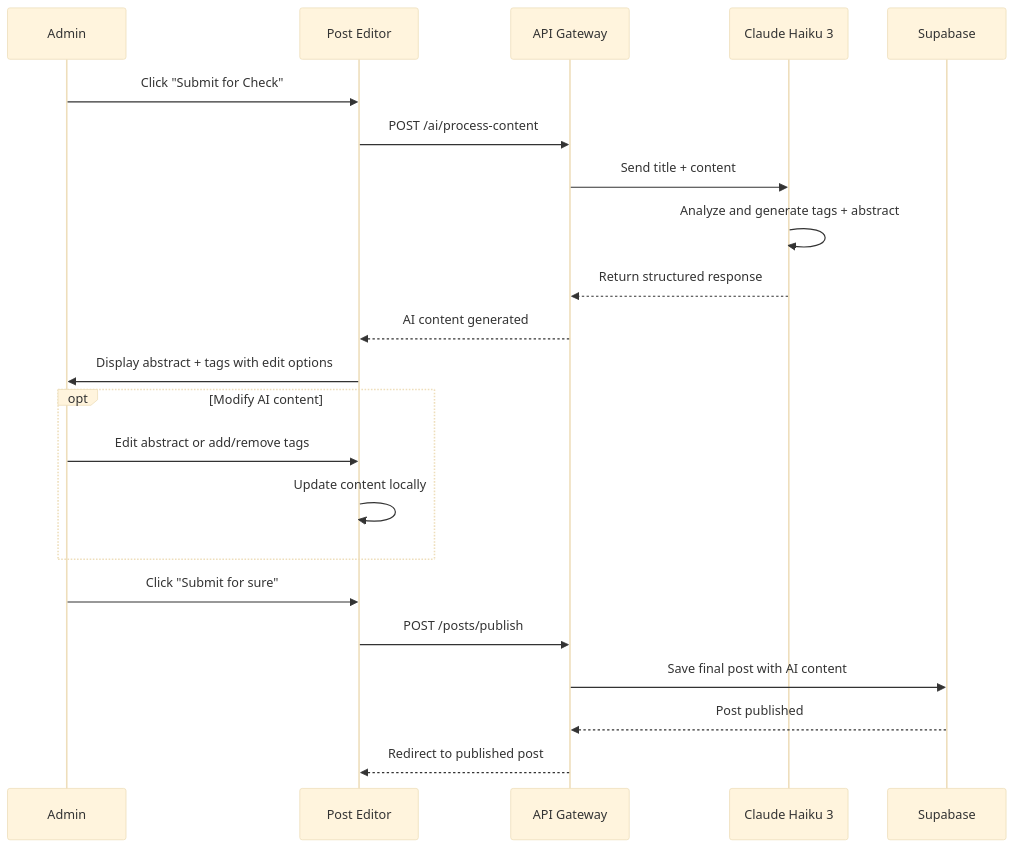
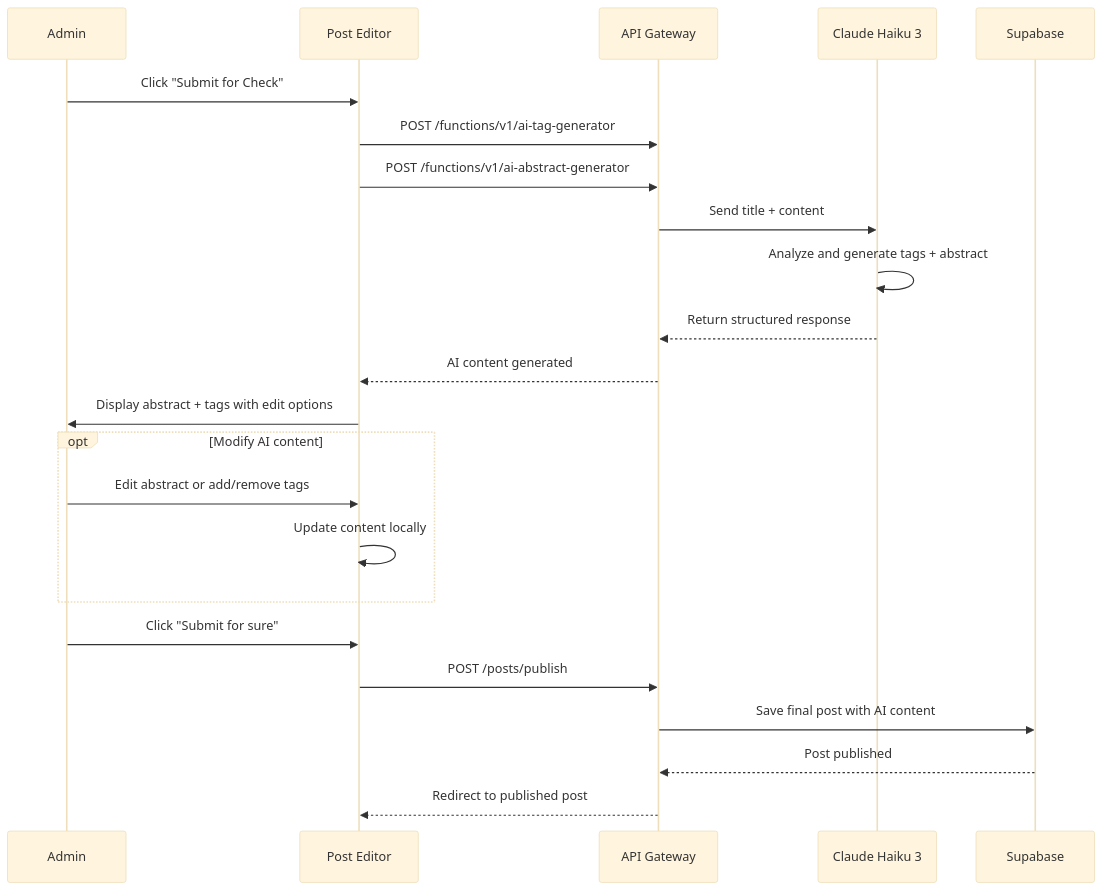
Before and after one commit to jkjan/nowhereland: the fifth of 6 diagrams in prd/02-content-management.md, drawn with Mermaid (base theme). The commit also changed other lines of this file and 18 other files, not shown here.

````diff
--- a/prd/02-content-management.md
+++ b/prd/02-content-management.md
@@ -372,29 +373,30 @@
 ```mermaid
 sequenceDiagram
     participant A as Admin
     participant UI as Post Editor
     participant API as API Gateway
     participant CLAUDE as Claude Haiku 3
     participant SUPA as Supabase
     
     A->>UI: Click "Submit for Check"
-    UI->>API: POST /ai/process-content
+    UI->>API: POST /functions/v1/ai-tag-generator
+    UI->>API: POST /functions/v1/ai-abstract-generator
     
     API->>CLAUDE: Send title + content
     CLAUDE->>CLAUDE: Analyze and generate tags + abstract
     CLAUDE-->>API: Return structured response
     
     API-->>UI: AI content generated
     UI->>A: Display abstract + tags with edit options
     
     opt Modify AI content
         A->>UI: Edit abstract or add/remove tags
         UI->>UI: Update content locally
     end
     
     A->>UI: Click "Submit for sure"
     UI->>API: POST /posts/publish
     API->>SUPA: Save final post with AI content
     SUPA-->>API: Post published
     API-->>UI: Redirect to published post
 ```
````
